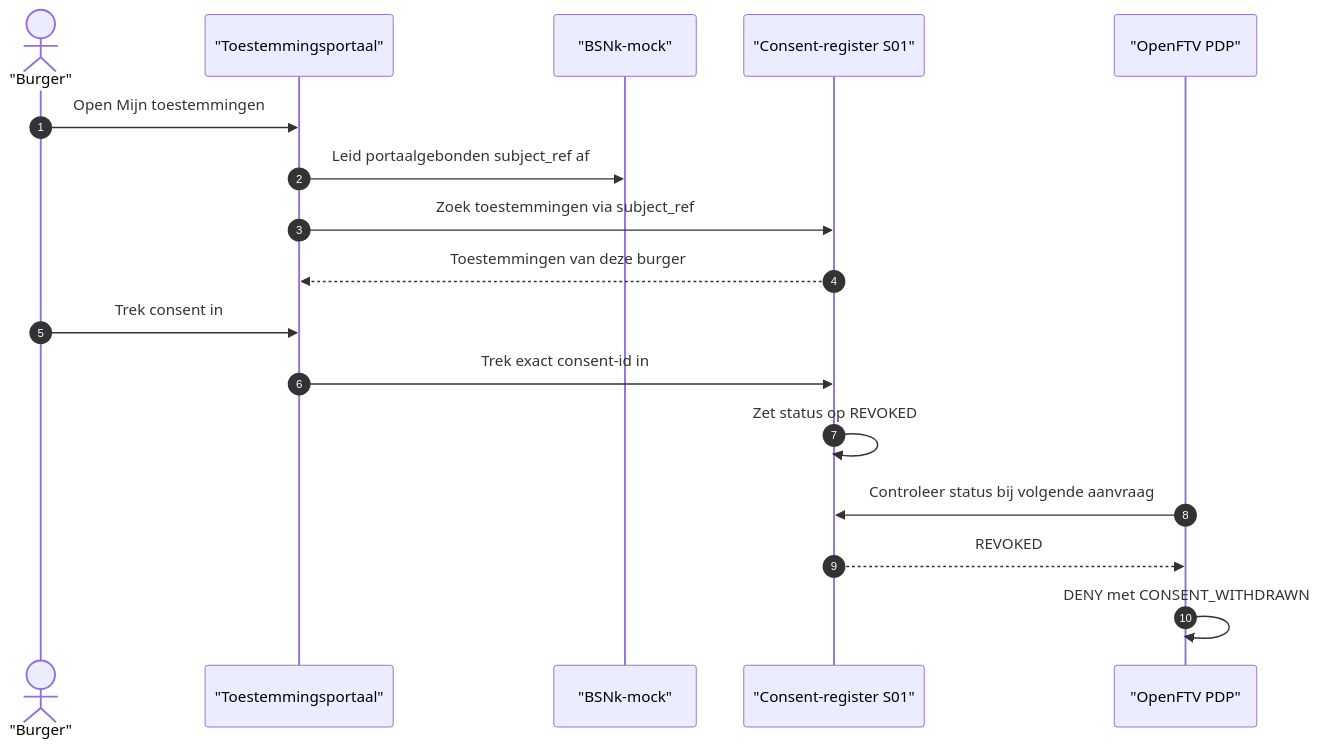
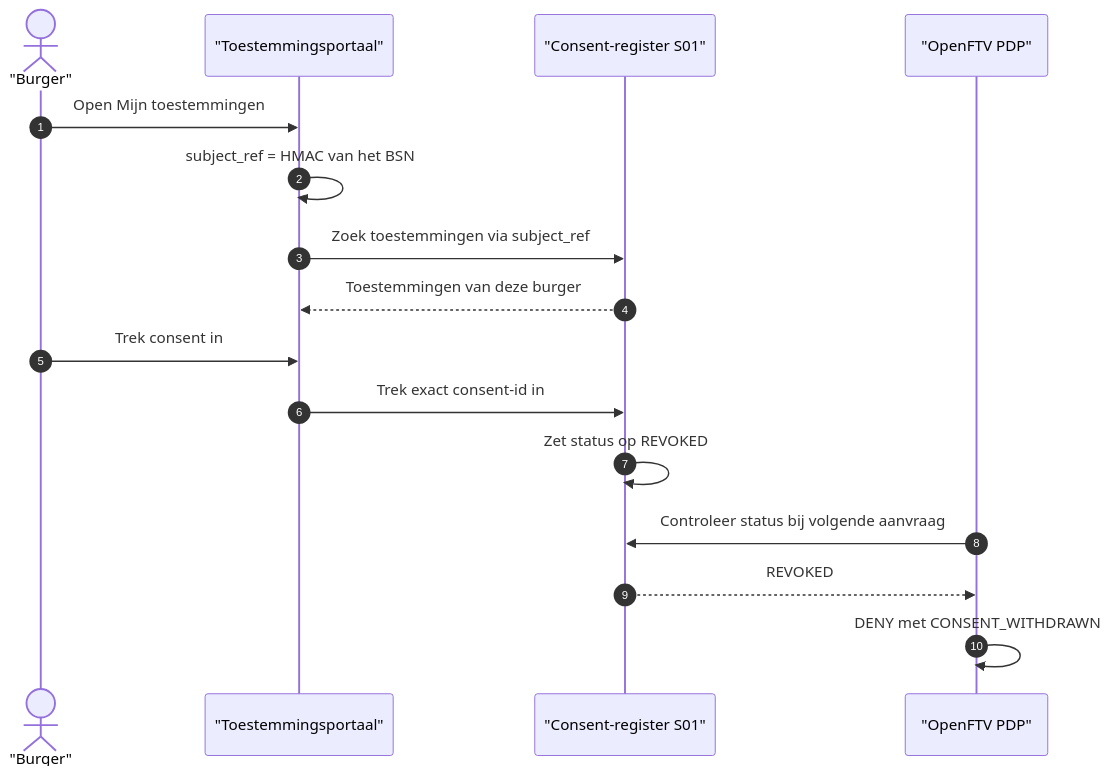
The fourth of 5 diagrams in docs/consent-flow.md (ICTU/GBO-demo), drawn with Mermaid before and after one commit. The commit also changed other lines of this file and 9 other files, not shown here.

First line of the commit message:
Docs: align consent flow, observability and LDV docs with the code (#711)

````diff
--- a/docs/consent-flow.md
+++ b/docs/consent-flow.md
@@ -360,22 +364,21 @@
 ```mermaid
 sequenceDiagram
     autonumber
     actor Citizen as "Burger"
     participant Portal as "Toestemmingsportaal"
-    participant BSNk as "BSNk-mock"
     participant Register as "Consent-register S01"
     participant PDP as "OpenFTV PDP"
 
     Citizen->>Portal: Open Mijn toestemmingen
-    Portal->>BSNk: Leid portaalgebonden subject_ref af
+    Portal->>Portal: subject_ref = HMAC van het BSN
     Portal->>Register: Zoek toestemmingen via subject_ref
     Register-->>Portal: Toestemmingen van deze burger
 
     Citizen->>Portal: Trek consent in
     Portal->>Register: Trek exact consent-id in
     Register->>Register: Zet status op REVOKED
 
     PDP->>Register: Controleer status bij volgende aanvraag
     Register-->>PDP: REVOKED
     PDP->>PDP: DENY met CONSENT_WITHDRAWN
 ```
````
